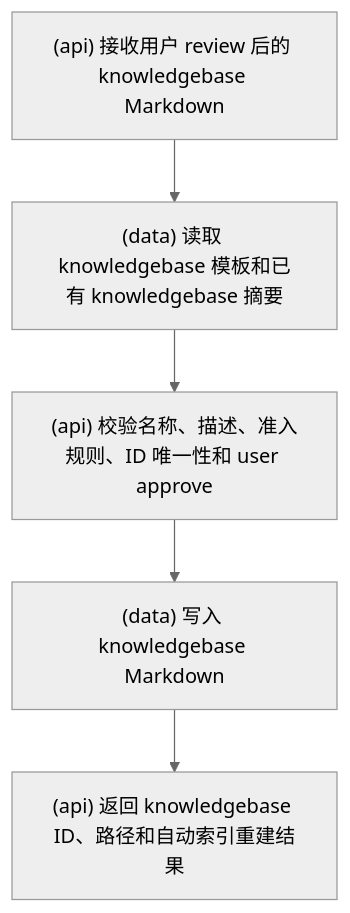
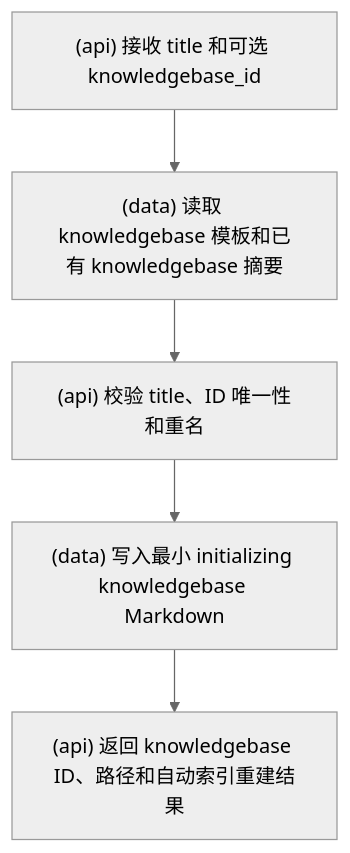
One commit to srangerme/KBManager changed diagram 12 of 19 in docs/流程图.md. Above: the diagram before and after it, drawn with Mermaid (neutral theme). The commit also changed other lines of this file and 27 other files, not shown here.

````diff
--- a/docs/流程图.md
+++ b/docs/流程图.md
@@ -140,7 +168,7 @@
 ```mermaid
 flowchart TD
-  A["(api) 接收用户 review 后的 knowledgebase Markdown"] --> B["(data) 读取 knowledgebase 模板和已有 knowledgebase 摘要"]
-  B --> C["(api) 校验名称、描述、准入规则、ID 唯一性和 user approve"]
-  C --> D["(data) 写入 knowledgebase Markdown"]
+  A["(api) 接收 title 和可选 knowledgebase_id"] --> B["(data) 读取 knowledgebase 模板和已有 knowledgebase 摘要"]
+  B --> C["(api) 校验 title、ID 唯一性和重名"]
+  C --> D["(data) 写入最小 initializing knowledgebase Markdown"]
   D --> E["(api) 返回 knowledgebase ID、路径和自动索引重建结果"]
 ```
````
